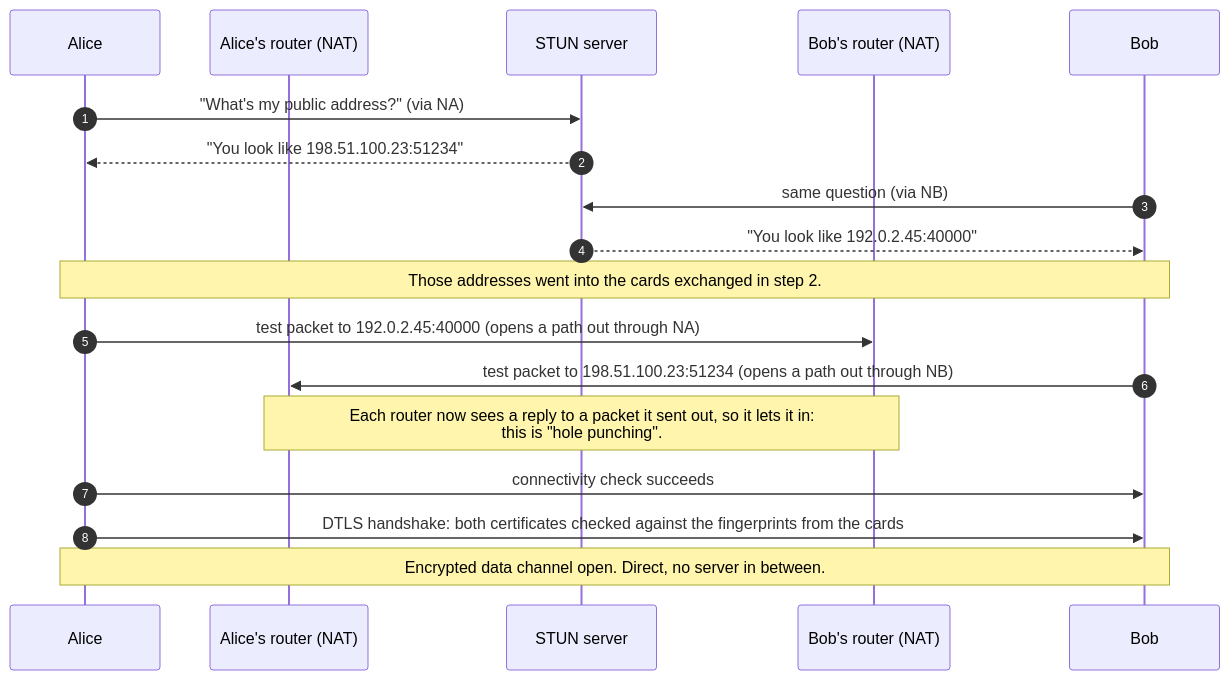
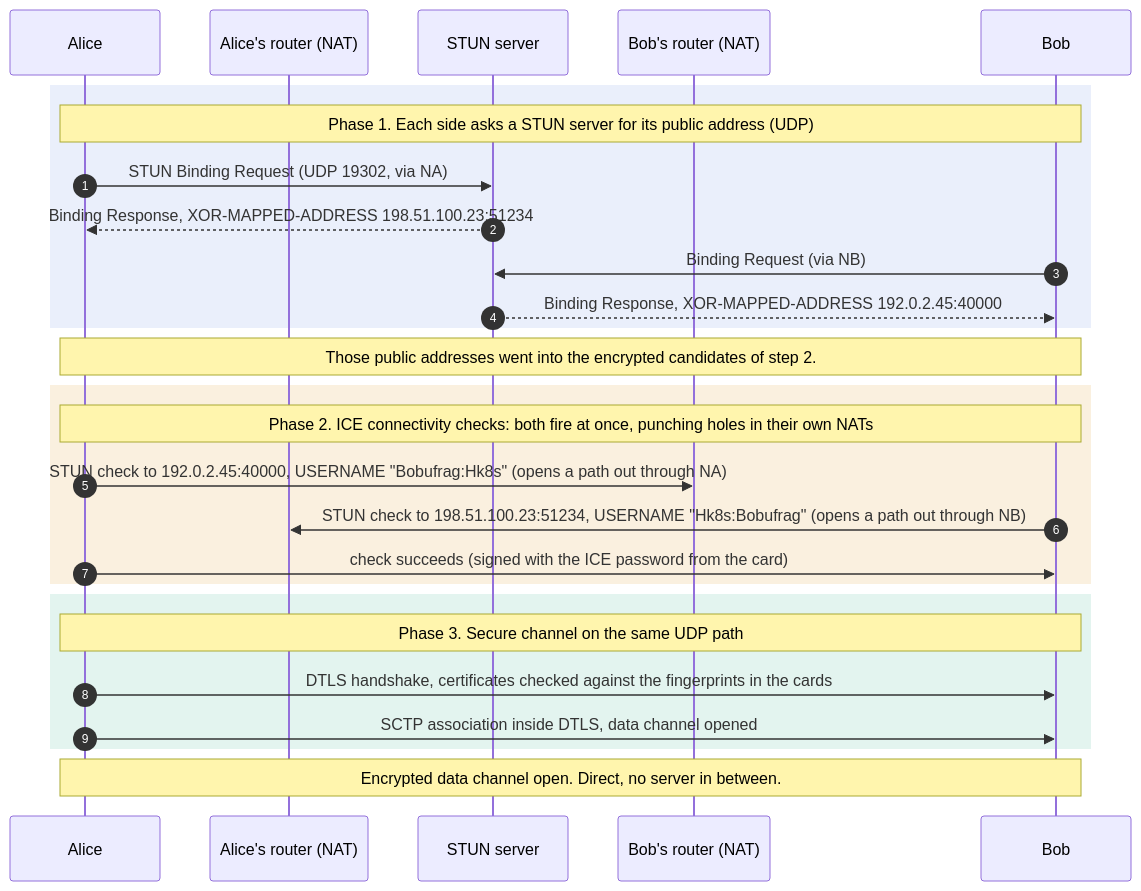
One commit to common-sec/secure-share changed the third of 6 diagrams in docs/COMMUNICATION.md. Above: the diagram before and after it, drawn with Mermaid. The commit also changed other lines of this file and 4 other files, not shown here.

````diff
--- a/docs/COMMUNICATION.md
+++ b/docs/COMMUNICATION.md
@@ -106,21 +323,34 @@
 ```mermaid
 sequenceDiagram
     autonumber
     participant A as Alice
     participant NA as Alice's router (NAT)
     participant ST as STUN server
     participant NB as Bob's router (NAT)
     participant B as Bob
 
-    A->>ST: "What's my public address?" (via NA)
-    ST-->>A: "You look like 198.51.100.23:51234"
-    B->>ST: same question (via NB)
-    ST-->>B: "You look like 192.0.2.45:40000"
-    Note over A,B: Those addresses went into the cards exchanged in step 2.
-    A->>NB: test packet to 192.0.2.45:40000 (opens a path out through NA)
-    B->>NA: test packet to 198.51.100.23:51234 (opens a path out through NB)
-    Note over NA,NB: Each router now sees a reply to a packet it sent out, so it lets it in:<br/>this is "hole punching".
-    A->>B: connectivity check succeeds
-    A->>B: DTLS handshake: both certificates checked against the fingerprints from the cards
+    rect rgba(80, 120, 220, 0.12)
+    Note over A,B: Phase 1. Each side asks a STUN server for its public address (UDP)
+    A->>ST: STUN Binding Request (UDP 19302, via NA)
+    ST-->>A: Binding Response, XOR-MAPPED-ADDRESS 198.51.100.23:51234
+    B->>ST: Binding Request (via NB)
+    ST-->>B: Binding Response, XOR-MAPPED-ADDRESS 192.0.2.45:40000
+    end
+
+    Note over A,B: Those public addresses went into the encrypted candidates of step 2.
+
+    rect rgba(220, 150, 30, 0.14)
+    Note over A,B: Phase 2. ICE connectivity checks: both fire at once, punching holes in their own NATs
+    A->>NB: STUN check to 192.0.2.45:40000, USERNAME "Bobufrag:Hk8s" (opens a path out through NA)
+    B->>NA: STUN check to 198.51.100.23:51234, USERNAME "Hk8s:Bobufrag" (opens a path out through NB)
+    A->>B: check succeeds (signed with the ICE password from the card)
+    end
+
+    rect rgba(30, 160, 120, 0.12)
+    Note over A,B: Phase 3. Secure channel on the same UDP path
+    A->>B: DTLS handshake, certificates checked against the fingerprints in the cards
+    A->>B: SCTP association inside DTLS, data channel opened
+    end
+
     Note over A,B: Encrypted data channel open. Direct, no server in between.
 ```
````
